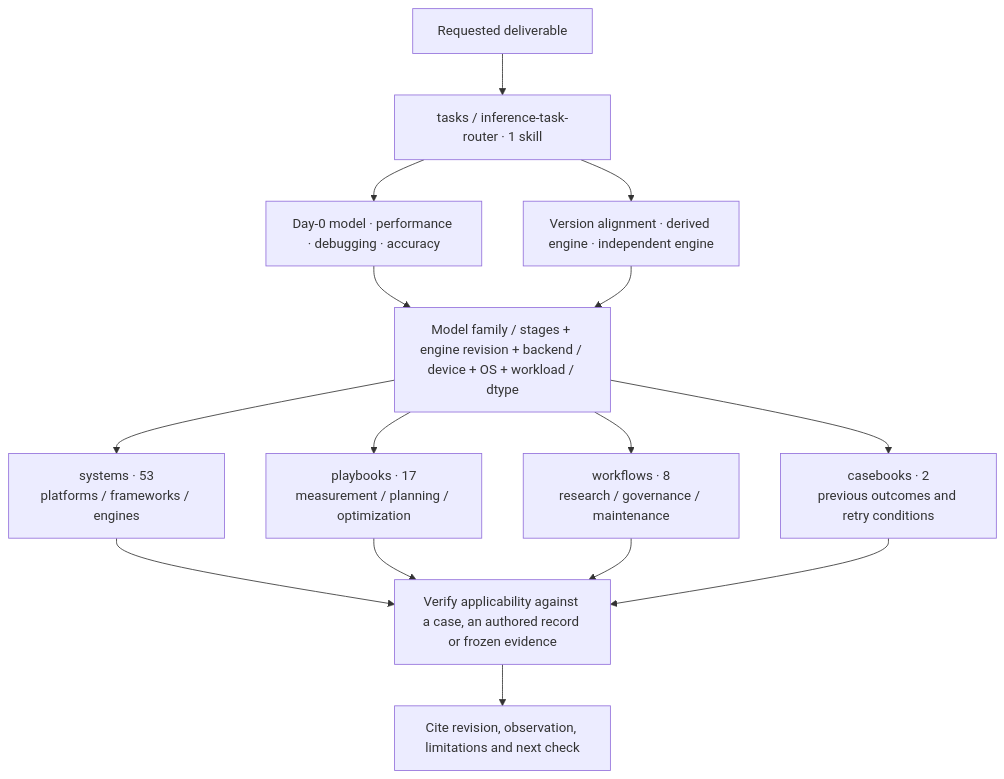
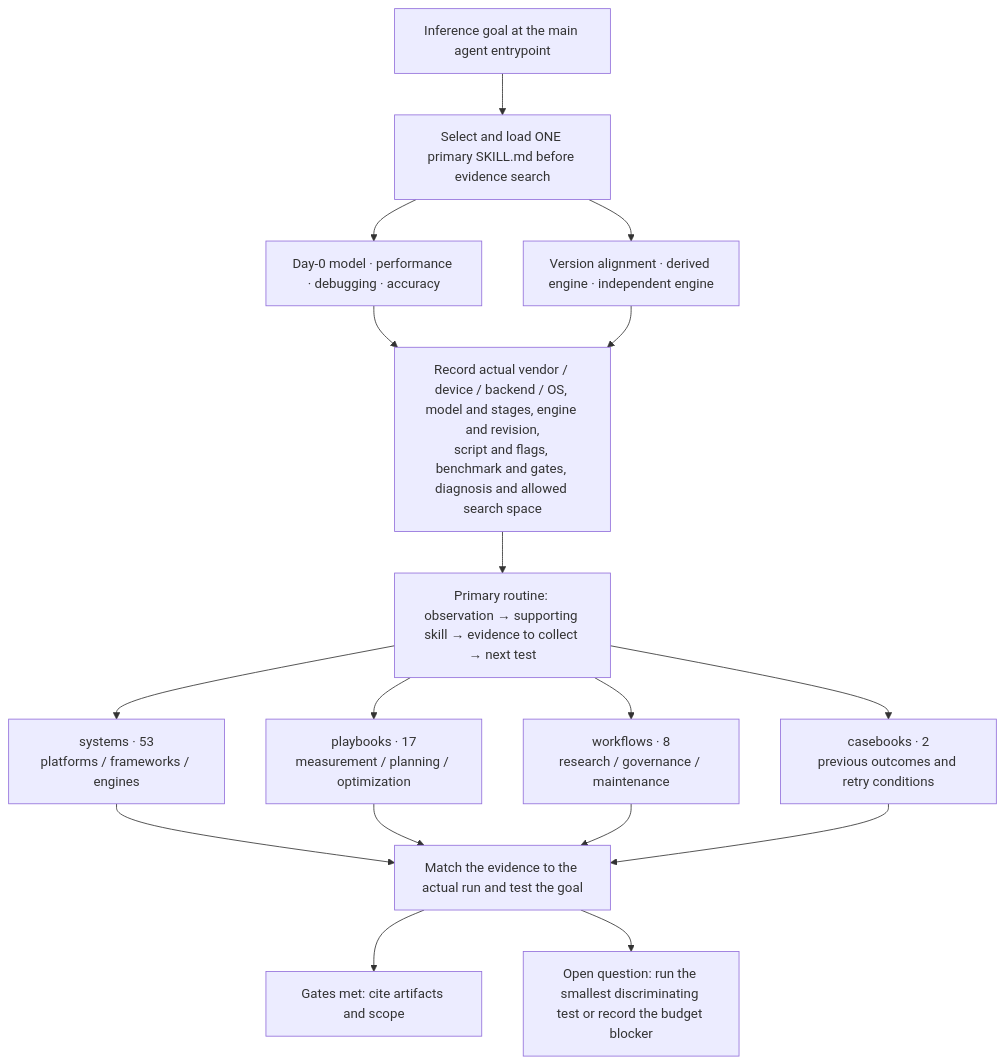
Before and after one commit to InferMatrixLab/InferRSI: the first of 4 diagrams in docs/knowledge-layout.md, drawn with Mermaid. The commit also changed other lines of this file and 35 other files, not shown here.

Commit message:
Load the primary inference procedure before searching supporting evidence

````diff
--- a/docs/knowledge-layout.md
+++ b/docs/knowledge-layout.md
@@ -7,14 +7,15 @@
 ```mermaid
 flowchart TB
-    Q["Requested deliverable"] --> R["tasks / inference-task-router · 1 skill"]
-    R --> A["Day-0 model · performance · debugging · accuracy"]
-    R --> B["Version alignment · derived engine · independent engine"]
-    A --> C["Model family / stages + engine revision + backend / device + OS + workload / dtype"]
-    B --> C
-    C --> S["systems · 53<br/>platforms / frameworks / engines"]
-    C --> P["playbooks · 17<br/>measurement / planning / optimization"]
-    C --> W["workflows · 8<br/>research / governance / maintenance"]
-    C --> K["casebooks · 2<br/>previous outcomes and retry conditions"]
-    S & P & W & K --> E["Verify applicability against a case, an authored record or frozen evidence"]
-    E --> O["Cite revision, observation, limitations and next check"]
+    Q["Inference goal at the main agent entrypoint"] --> P["Select and load ONE primary SKILL.md before evidence search"]
+    P --> A["Day-0 model · performance · debugging · accuracy"]
+    P --> B["Version alignment · derived engine · independent engine"]
+    A & B --> R["Record actual vendor / device / backend / OS, model and stages, engine and revision,<br/>script and flags, benchmark and gates, diagnosis and allowed search space"]
+    R --> D["Primary routine: observation → supporting skill → evidence to collect → next test"]
+    D --> S["systems · 53<br/>platforms / frameworks / engines"]
+    D --> M["playbooks · 17<br/>measurement / planning / optimization"]
+    D --> W["workflows · 8<br/>research / governance / maintenance"]
+    D --> K["casebooks · 2<br/>previous outcomes and retry conditions"]
+    S & M & W & K --> V["Match the evidence to the actual run and test the goal"]
+    V --> O["Gates met: cite artifacts and scope"]
+    V --> N["Open question: run the smallest discriminating test or record the budget blocker"]
 ```
````
